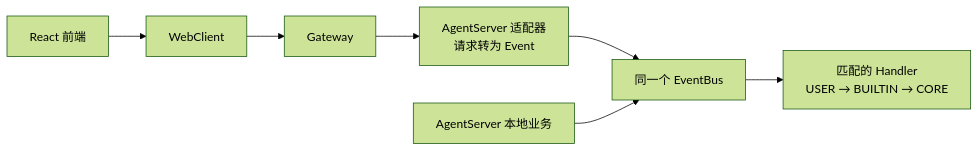
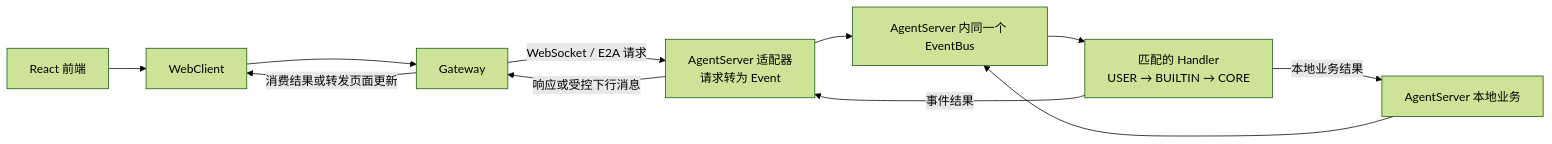
One commit to openJiuwen-ai/jiuwenswarm changed the first of 5 diagrams in jiuwenswarm/extensions_v2/docs/designs/builtin-event-development-guide.md. Above: the diagram before and after it, drawn with Mermaid (forest theme). The commit also changed other lines of this file and 2 other files, not shown here.

````diff
--- a/jiuwenswarm/extensions_v2/docs/designs/builtin-event-development-guide.md
+++ b/jiuwenswarm/extensions_v2/docs/designs/builtin-event-development-guide.md
@@ -11,9 +11,13 @@
 ```mermaid
 flowchart LR
     FE["React 前端"] --> WC["WebClient"]
     WC --> GW["Gateway"]
-    GW --> AD["AgentServer 适配器<br/>请求转为 Event"]
-    AD --> BUS["同一个 EventBus"]
+    GW -->|"WebSocket / E2A 请求"| AD["AgentServer 适配器<br/>请求转为 Event"]
+    AD --> BUS["AgentServer 内同一个 EventBus"]
     BIZ["AgentServer 本地业务"] --> BUS
     BUS --> H["匹配的 Handler<br/>USER → BUILTIN → CORE"]
+    H -->|"事件结果"| AD
+    H -->|"本地业务结果"| BIZ
+    AD -->|"响应或受控下行消息"| GW
+    GW -->|"消费结果或转发页面更新"| WC
 ```
````
